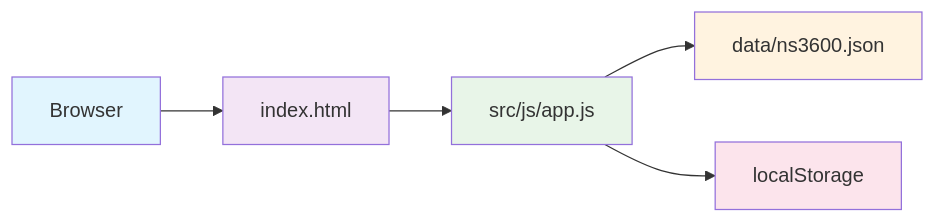
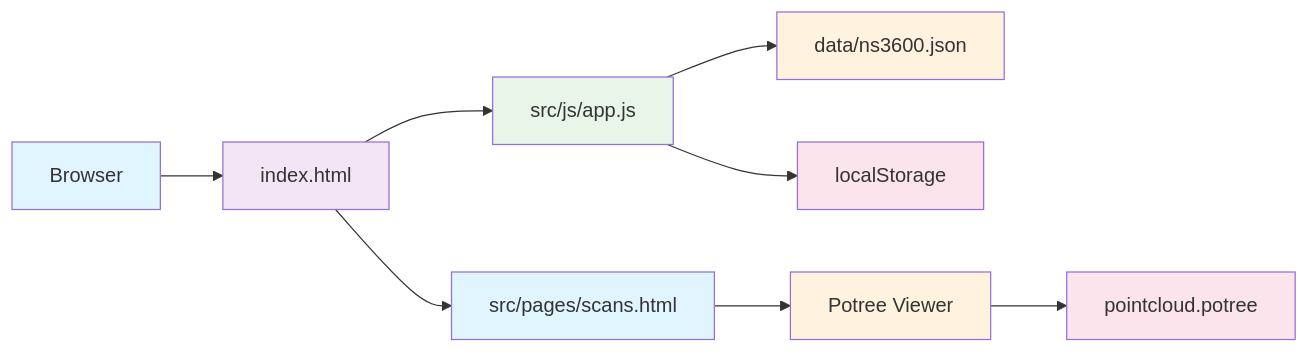
The diagram in README.md (ekhanatime/ekhana-takst), drawn with Mermaid before and after one commit. The commit also changed other lines of this file and 5 other files, not shown here.

````diff
--- a/README.md
+++ b/README.md
@@ -60,13 +67,19 @@
 ```mermaid
 flowchart LR
     A[Browser] --> B[index.html]
     B --> C[src/js/app.js]
     C --> D[data/ns3600.json]
     C --> E[localStorage]
+    B --> F[src/pages/scans.html]
+    F --> G[Potree Viewer]
+    G --> H[pointcloud.potree]
 
     style A fill:#e1f5fe
     style B fill:#f3e5f5
     style C fill:#e8f5e8
     style D fill:#fff3e0
     style E fill:#fce4ec
+    style F fill:#e1f5fe
+    style G fill:#fff3e0
+    style H fill:#fce4ec
 ```
````
